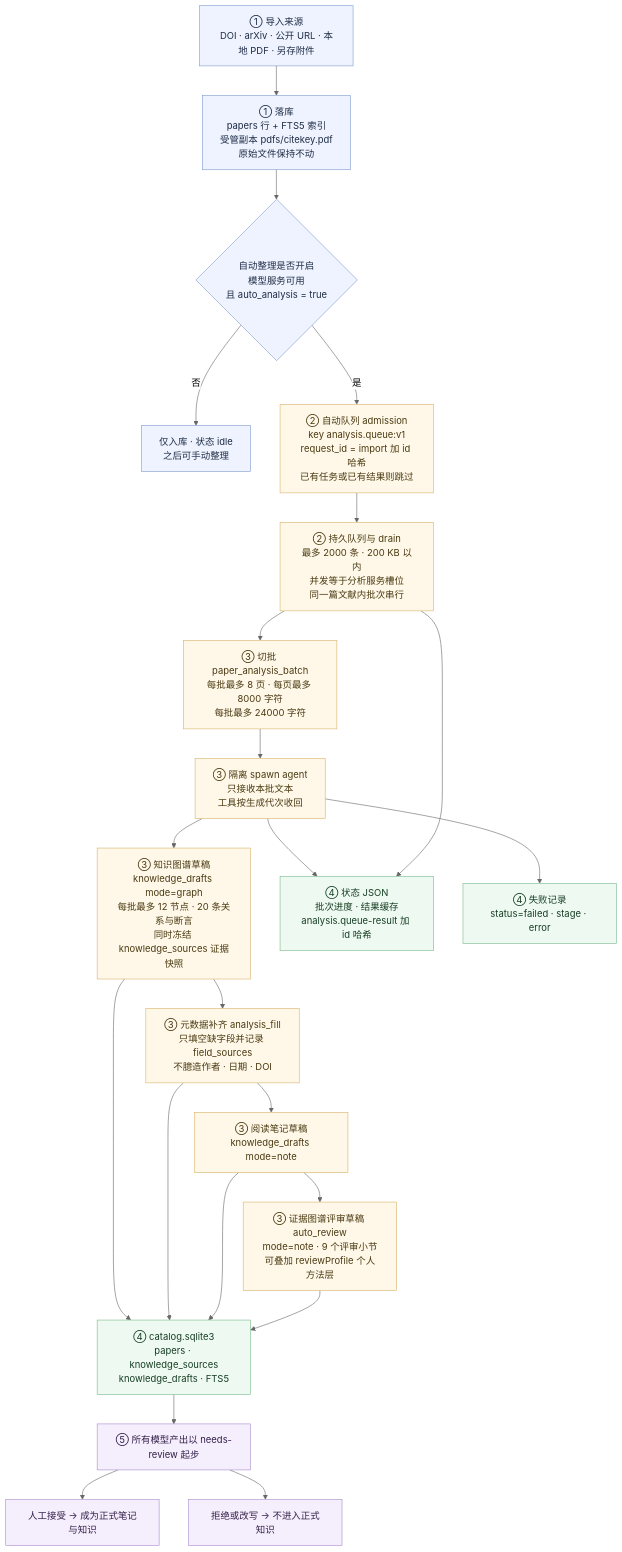
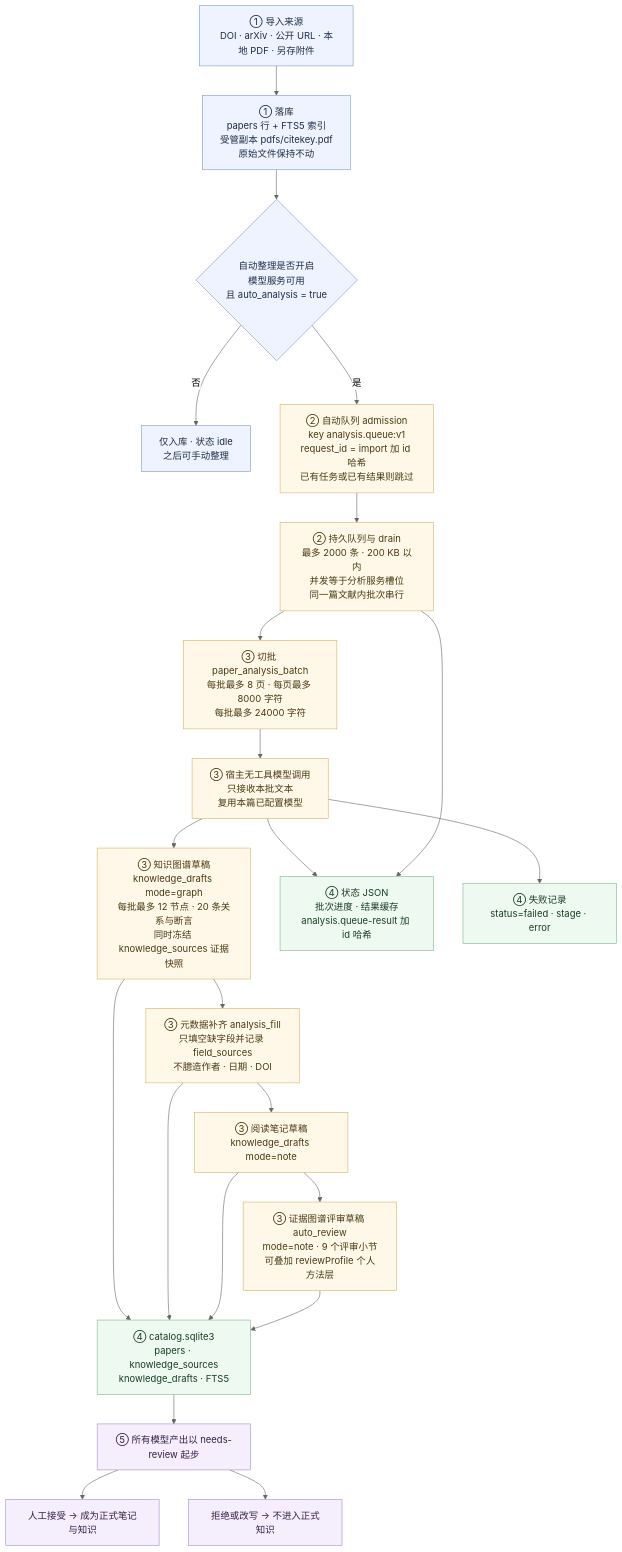
Before and after one commit to Mappedinfo/dsh-paper-library: the first of 2 diagrams in docs/auto-parse-flow.md, drawn with Mermaid (neutral theme). The commit also changed 14 other files, not shown here.

````diff
--- a/docs/auto-parse-flow.md
+++ b/docs/auto-parse-flow.md
@@ -16,38 +16,38 @@
 ```mermaid
 flowchart TB
   A1["① 导入来源<br/>DOI · arXiv · 公开 URL · 本地 PDF · 另存附件"] --> A2["① 落库<br/>papers 行 + FTS5 索引<br/>受管副本 pdfs/citekey.pdf<br/>原始文件保持不动"]
   A2 --> B0{"自动整理是否开启<br/>模型服务可用<br/>且 auto_analysis = true"}
   B0 -- "否" --> B1["仅入库 · 状态 idle<br/>之后可手动整理"]
   B0 -- "是" --> C1["② 自动队列 admission<br/>key analysis.queue:v1<br/>request_id = import 加 id 哈希<br/>已有任务或已有结果则跳过"]
   C1 --> C2["② 持久队列与 drain<br/>最多 2000 条 · 200 KB 以内<br/>并发等于分析服务槽位<br/>同一篇文献内批次串行"]
   C2 --> D1["③ 切批 paper_analysis_batch<br/>每批最多 8 页 · 每页最多 8000 字符<br/>每批最多 24000 字符"]
-  D1 --> D2["③ 隔离 spawn agent<br/>只接收本批文本<br/>工具按生成代次收回"]
+  D1 --> D2["③ 宿主无工具模型调用<br/>只接收本批文本<br/>复用本篇已配置模型"]
   D2 --> D3["③ 知识图谱草稿<br/>knowledge_drafts mode=graph<br/>每批最多 12 节点 · 20 条关系与断言<br/>同时冻结 knowledge_sources 证据快照"]
   D3 --> D4["③ 元数据补齐 analysis_fill<br/>只填空缺字段并记录 field_sources<br/>不臆造作者 · 日期 · DOI"]
   D4 --> D5["③ 阅读笔记草稿<br/>knowledge_drafts mode=note"]
   D5 --> D6["③ 证据图谱评审草稿 auto_review<br/>mode=note · 9 个评审小节<br/>可叠加 reviewProfile 个人方法层"]
 
   D2 --> E2
   C2 --> E2
   D2 --> E3
   D3 --> E1
   D4 --> E1
   D5 --> E1
   D6 --> E1
 
   E1["④ catalog.sqlite3<br/>papers · knowledge_sources<br/>knowledge_drafts · FTS5"]
   E2["④ 状态 JSON<br/>批次进度 · 结果缓存<br/>analysis.queue-result 加 id 哈希"]
   E3["④ 失败记录<br/>status=failed · stage · error"]
   E1 --> F1["⑤ 所有模型产出以 needs-review 起步"]
   F1 --> F2["人工接受 → 成为正式笔记与知识"]
   F1 --> F3["拒绝或改写 → 不进入正式知识"]
 
   classDef intake fill:#eef3ff,stroke:#7d9bcc,color:#1f2d45
   classDef auto fill:#fff8e8,stroke:#d9b26a,color:#4a3a12
   classDef output fill:#eefaf1,stroke:#79b98d,color:#173d24
   classDef review fill:#f5eefc,stroke:#a98ccc,color:#33204a
   class A1,A2,B0,B1 intake
   class C1,C2,D1,D2,D3,D4,D5,D6 auto
   class E1,E2,E3 output
   class F1,F2,F3 review
 ```
````
